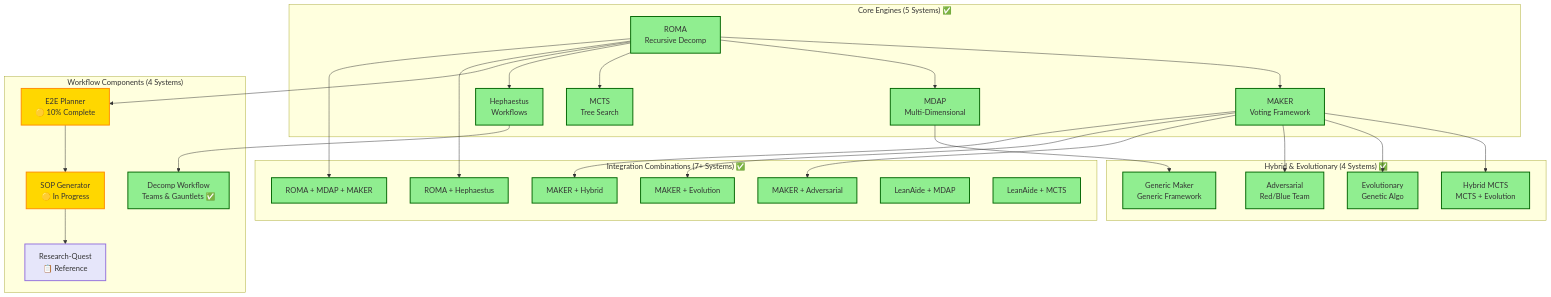
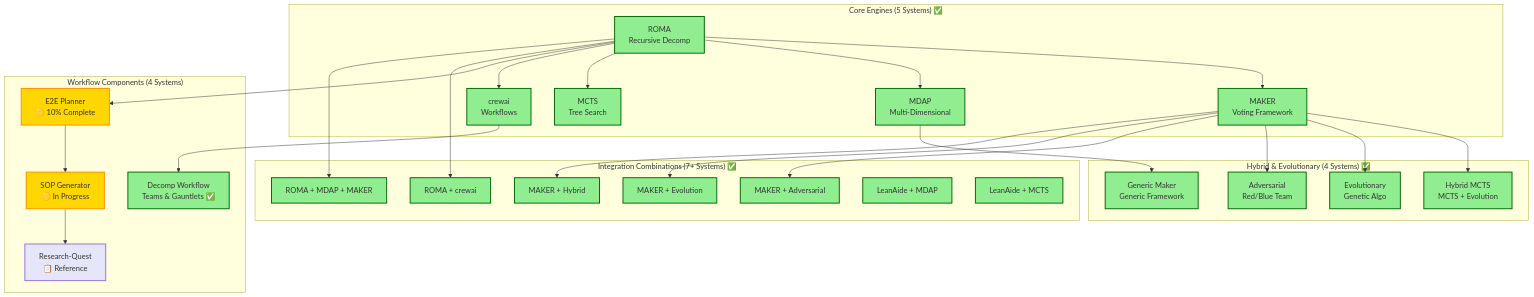
One commit to jazir555/OpenEvolveFrontend changed the ninth of 28 diagrams in docs/integrations/INTEGRATION_ARCHITECTURE_MERMAID.md. Above: the diagram before and after it, drawn with Mermaid. The commit also changed other lines of this file and 153 other files, not shown here.

````diff
--- a/docs/integrations/INTEGRATION_ARCHITECTURE_MERMAID.md
+++ b/docs/integrations/INTEGRATION_ARCHITECTURE_MERMAID.md
@@ -537,64 +537,64 @@
 ```mermaid
 graph TB
     subgraph "Core Engines (5 Systems) ✅"
         RM[ROMA<br/>Recursive Decomp]
         MK[MAKER<br/>Voting Framework]
         MD[MDAP<br/>Multi-Dimensional]
         MC[MCTS<br/>Tree Search]
-        HP[Hephaestus<br/>Workflows]
+        HP[crewai<br/>Workflows]
     end
 
     subgraph "Hybrid & Evolutionary (4 Systems) ✅"
         HM[Hybrid MCTS<br/>MCTS + Evolution]
         EV[Evolutionary<br/>Genetic Algo]
         AD[Adversarial<br/>Red/Blue Team]
         GM[Generic Maker<br/>Generic Framework]
     end
 
     subgraph "Workflow Components (4 Systems)"
         DW[Decomp Workflow<br/>Teams & Gauntlets ✅]
         E2E[E2E Planner<br/>🟡 10% Complete]
         SG[SOP Generator<br/>🟡 In Progress]
         RQ[Research-Quest<br/>📋 Reference]
     end
 
     subgraph "Integration Combinations (7+ Systems) ✅"
-        RM_HP[ROMA + Hephaestus]
+        RM_HP[ROMA + crewai]
         RM_MD_MK[ROMA + MDAP + MAKER]
         MK_AD[MAKER + Adversarial]
         MK_EV[MAKER + Evolution]
         MK_HM[MAKER + Hybrid]
         LA_MD[LeanAide + MDAP]
         LA_MC[LeanAide + MCTS]
     end
 
     RM --> MK
     RM --> MD
     RM --> MC
     RM --> HP
 
     MK --> HM
     MK --> EV
     MK --> AD
     MD --> GM
 
     HP --> DW
     RM --> E2E
     E2E --> SG
     SG --> RQ
 
     RM --> RM_HP
     RM --> RM_MD_MK
     MK --> MK_AD
     MK --> MK_EV
     MK --> MK_HM
 
     classDef completeStyle fill:#90EE90,stroke:#006400,stroke-width:2px
     class RM,MK,MD,MC,HP,HM,EV,AD,GM,DW,RM_HP,RM_MD_MK,MK_AD,MK_EV,MK_HM,LA_MD,LA_MC completeStyle
 
     classDef progressStyle fill:#FFD700,stroke:#FF8C00,stroke-width:2px
     class E2E,SG progressStyle
 
     classDef plannedStyle fill:#E6E6FA,stroke:#9370DB,stroke-width:2px
     class RQ plannedStyle
 ```
````
